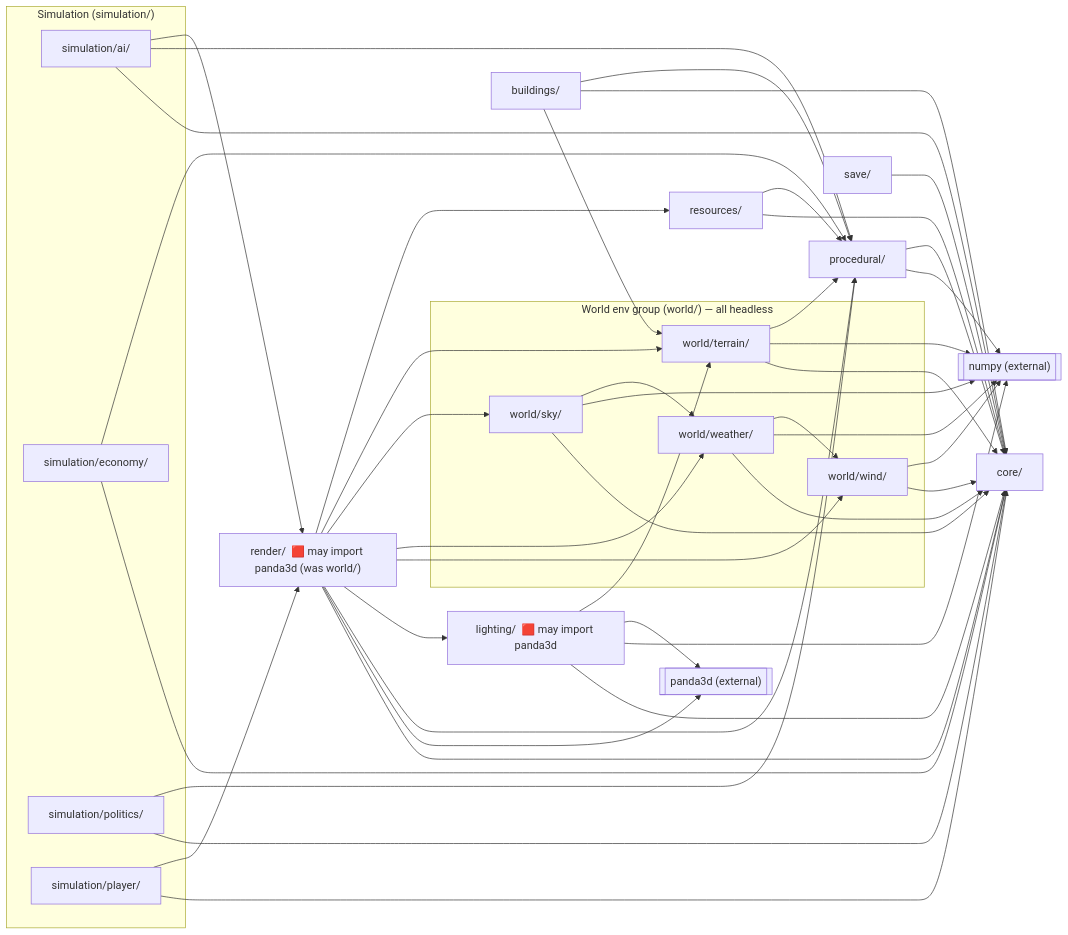
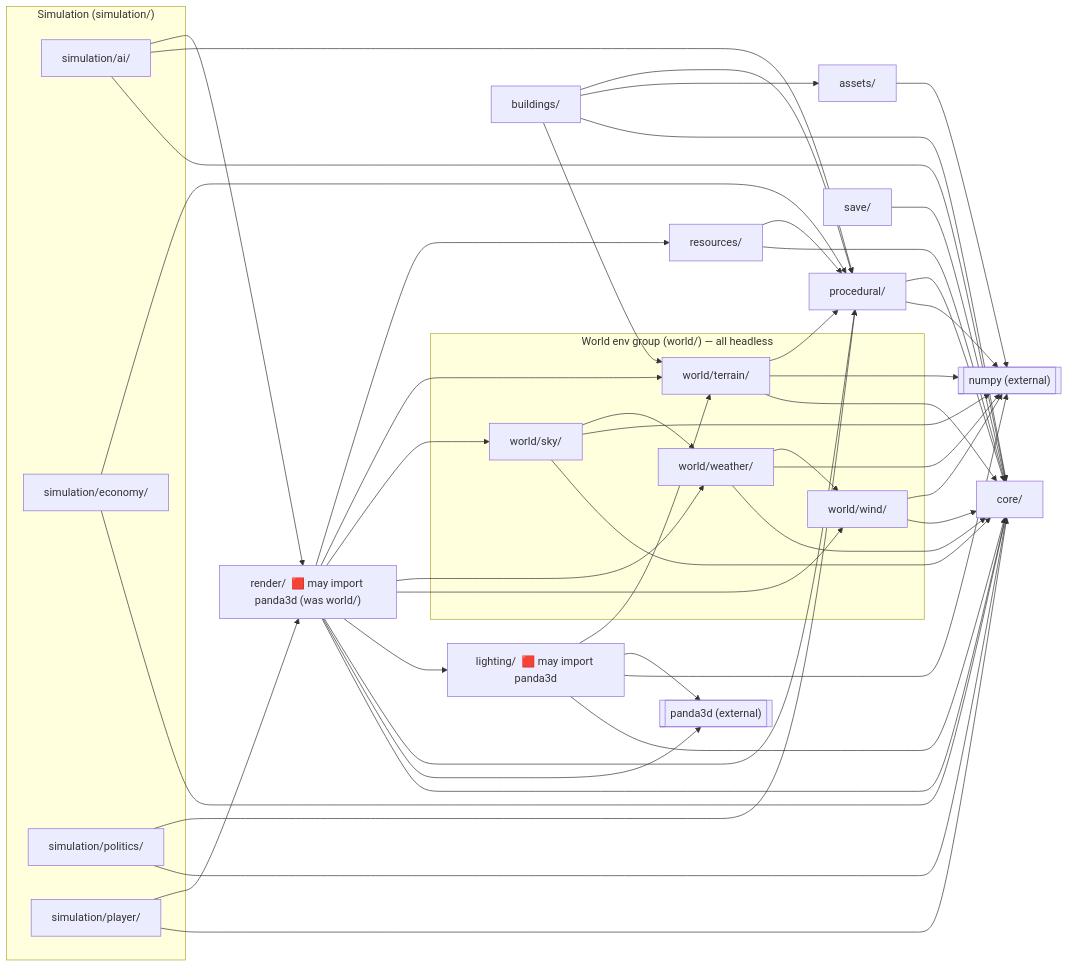
The third of 5 diagrams in docs/ARCHITECTURE.md (Firelight-Innovations/Torn-Apart), drawn with Mermaid before and after one commit. The commit also changed other lines of this file and 18 other files, not shown here.

````diff
--- a/docs/ARCHITECTURE.md
+++ b/docs/ARCHITECTURE.md
@@ -154,66 +154,69 @@
 ```mermaid
 flowchart LR
     subgraph SIM["Simulation (simulation/)"]
         ai["simulation/ai/"]
         economy["simulation/economy/"]
         politics["simulation/politics/"]
         player["simulation/player/"]
     end
     subgraph WORLD["World env group (world/) — all headless"]
         terrain["world/terrain/"]
         weather["world/weather/"]
         wind["world/wind/"]
         sky["world/sky/"]
     end
     render["render/  🟥 may import panda3d (was world/)"]
     buildings["buildings/"]
+    assets["assets/"]
     lighting["lighting/  🟥 may import panda3d"]
     resources["resources/"]
     procedural["procedural/"]
     core["core/"]
     save["save/"]
     panda3d[["panda3d (external)"]]
     numpy[["numpy (external)"]]
 
     ai --> render
     ai --> procedural
     economy --> procedural
     politics --> procedural
     player --> render
     render --> resources
     render --> terrain
     render --> sky
     render --> weather
     render --> wind
     render --> lighting
     render --> procedural
     render --> panda3d
     buildings --> procedural
     buildings --> terrain
+    buildings --> assets
+    assets --> numpy
     terrain --> procedural
     terrain --> numpy
     sky --> weather
     weather --> wind
     sky --> numpy
     weather --> numpy
     wind --> numpy
     lighting --> terrain
     lighting --> panda3d
     lighting --> numpy
     resources --> procedural
     procedural --> core
     procedural --> numpy
     save --> core
     ai --> core
     economy --> core
     politics --> core
     render --> core
     terrain --> core
     sky --> core
     weather --> core
     wind --> core
     lighting --> core
     buildings --> core
     resources --> core
     player --> core
 ```
````
